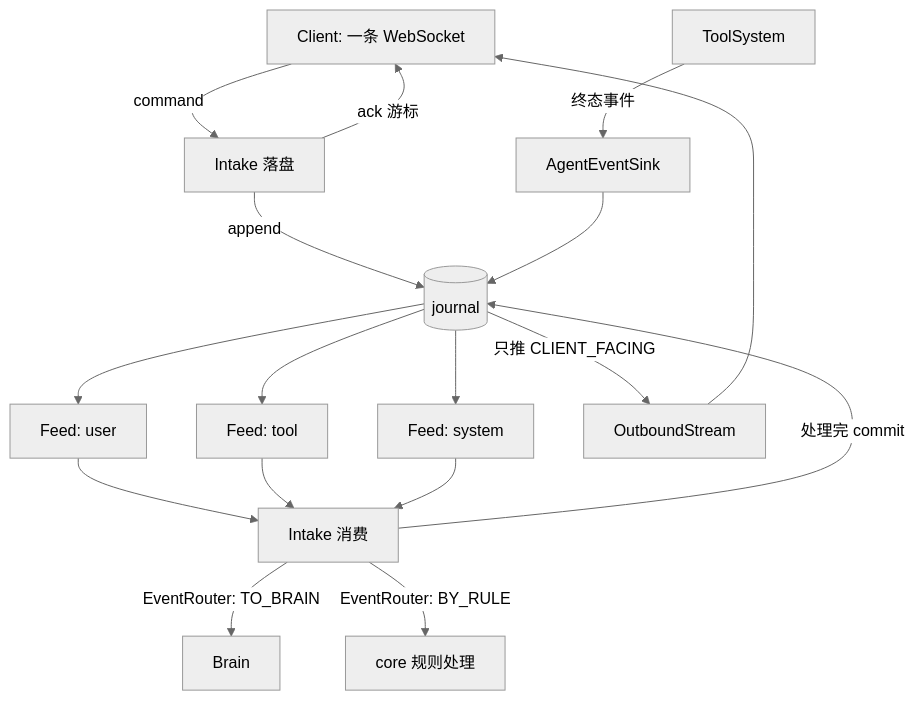
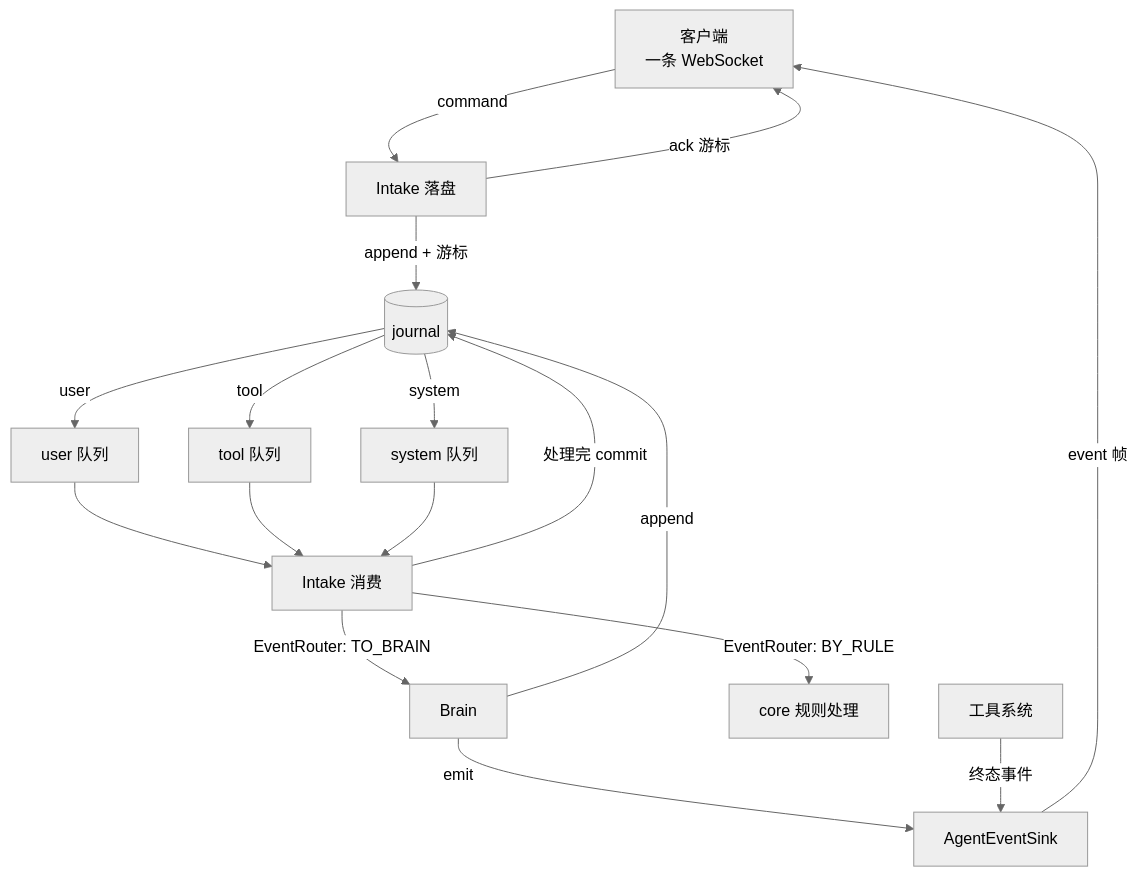
One commit to HymioSpace/Oath changed the diagram in spec/feature-event-runtime.md. Above: the diagram before and after it, drawn with Mermaid (neutral theme). The commit also changed other lines of this file and 10 other files, not shown here.

First line of the commit message:
refactor(event-runtime)!: 对外投递不经过 journal

````diff
--- a/spec/feature-event-runtime.md
+++ b/spec/feature-event-runtime.md
@@ -27,20 +34,19 @@
 ```mermaid
 flowchart TD
-    C[Client: 一条 WebSocket] -->|command| I[Intake 落盘]
-    I -->|append| J[(journal)]
-    I -->|ack 游标| C
+    Client[客户端<br/>一条 WebSocket] -->|command| Intake[Intake 落盘]
+    Intake -->|append + 游标| Journal[(journal)]
+    Intake -->|ack 游标| Client
 
-    TS[ToolSystem] -->|终态事件| S[AgentEventSink]
-    S --> J
+    Journal -->|user| FeedUser[user 队列]
+    Journal -->|tool| FeedTool[tool 队列]
+    Journal -->|system| FeedSystem[system 队列]
+    FeedUser & FeedTool & FeedSystem --> Poll[Intake 消费]
+    Poll -->|EventRouter: TO_BRAIN| Brain[Brain]
+    Poll -->|EventRouter: BY_RULE| Rule[core 规则处理]
+    Poll -->|处理完 commit| Journal
 
-    J --> F1[Feed: user]
-    J --> F2[Feed: tool]
-    J --> F3[Feed: system]
-    F1 & F2 & F3 --> QC[Intake 消费]
-    QC -->|EventRouter: TO_BRAIN| BR[Brain]
-    QC -->|EventRouter: BY_RULE| R[core 规则处理]
-    QC -->|处理完 commit| J
-
-    J -->|只推 CLIENT_FACING| OS[OutboundStream]
-    OS --> C
+    Brain -->|append| Journal
+    Brain -->|emit| Sink[AgentEventSink]
+    ToolSystem[工具系统] -->|终态事件| Sink
+    Sink -->|event 帧| Client
 ```
````
